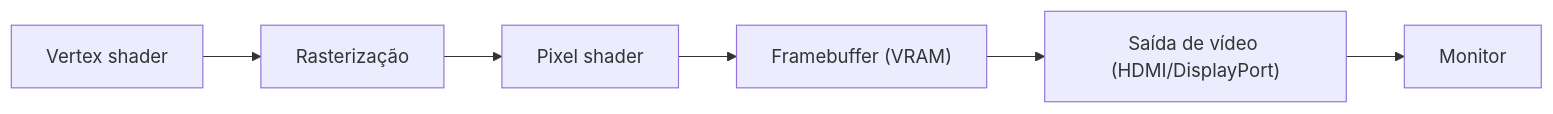
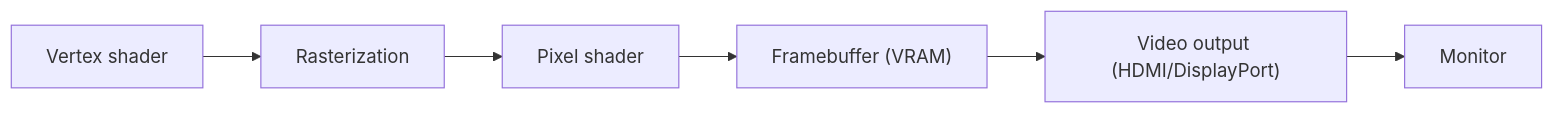
One commit to jhonatanTeixeira/mimas-saturn-emulator changed the third of 16 diagrams in docs/first_architectural_draft.md. Above: the diagram before and after it, drawn with Mermaid. The commit also changed other lines of this file and 2 other files, not shown here.

First line of the commit message:
Translate architecture planning docs to English

````diff
--- a/docs/first_architectural_draft.md
+++ b/docs/first_architectural_draft.md
@@ -39,7 +39,7 @@
 ```mermaid
 graph LR
-    VS["Vertex shader"] --> RZ["Rasterização"] --> PS["Pixel shader"]
+    VS["Vertex shader"] --> RZ["Rasterization"] --> PS["Pixel shader"]
     PS --> FB["Framebuffer (VRAM)"]
-    FB --> OUT["Saída de vídeo (HDMI/DisplayPort)"]
+    FB --> OUT["Video output (HDMI/DisplayPort)"]
     OUT --> MON["Monitor"]
 ```
````
